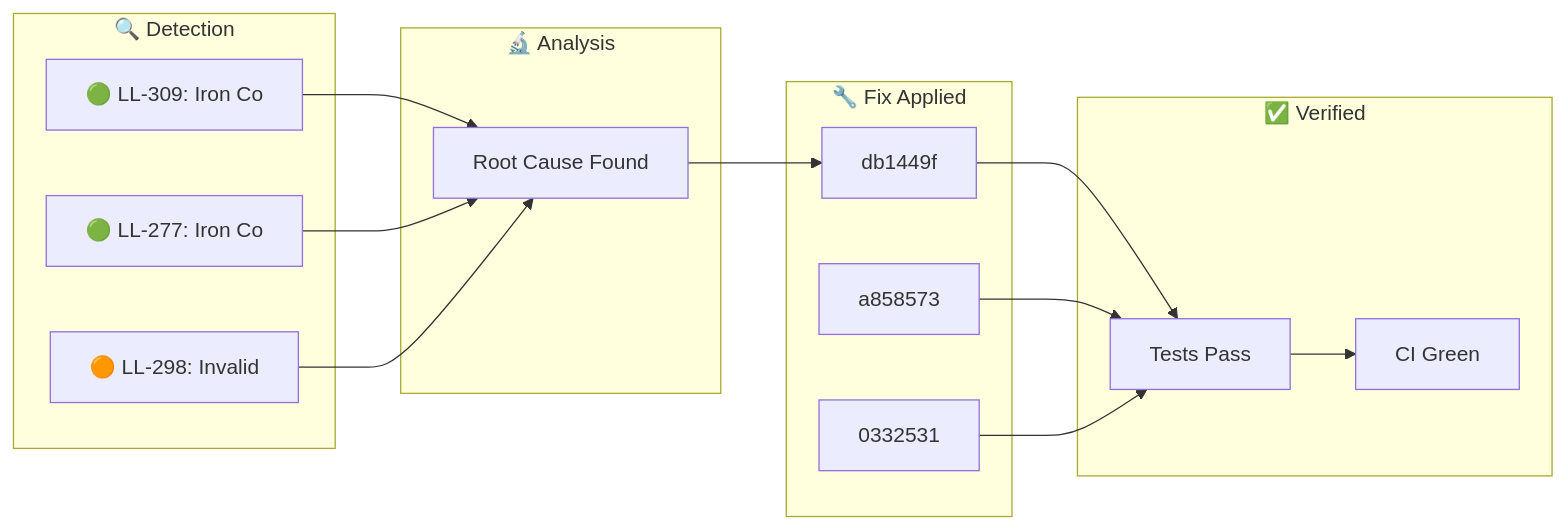
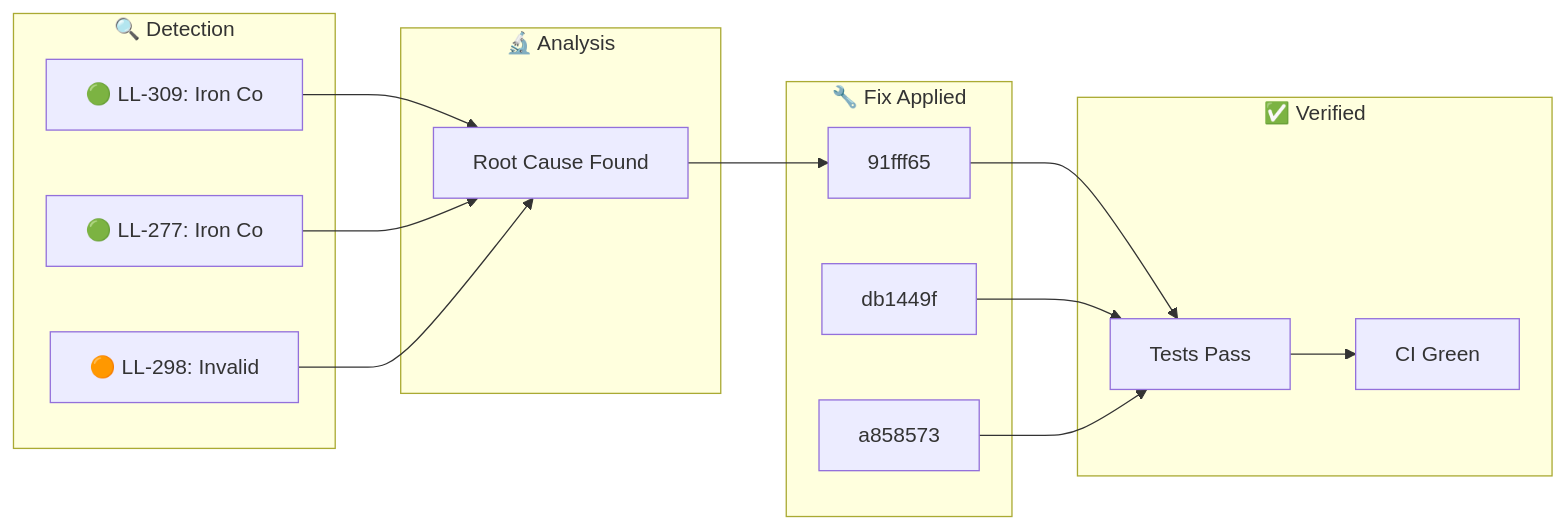
Before and after one commit to YoByron/trading: the diagram in docs/_posts/2026-01-31-ralph-discovery.md, drawn with Mermaid. The commit also changed other lines of this file, not shown here.

Commit message:
docs(ralph): Auto-publish discovery blog post

````diff
--- a/docs/_posts/2026-01-31-ralph-discovery.md
+++ b/docs/_posts/2026-01-31-ralph-discovery.md
@@ -17,28 +17,28 @@
 ```mermaid
 flowchart LR
     subgraph Detection["🔍 Detection"]
         D1["🟢 LL-309: Iron Co"]
         D2["🟢 LL-277: Iron Co"]
         D3["🟠 LL-298: Invalid"]
     end
     subgraph Analysis["🔬 Analysis"]
         A1["Root Cause Found"]
     end
     subgraph Fix["🔧 Fix Applied"]
-        F1["db1449f"]
-        F2["a858573"]
-        F3["0332531"]
+        F1["91fff65"]
+        F2["db1449f"]
+        F3["a858573"]
     end
     subgraph Verify["✅ Verified"]
         V1["Tests Pass"]
         V2["CI Green"]
     end
     D1 --> A1
     D2 --> A1
     D3 --> A1
     A1 --> F1
     F1 --> V1
     F2 --> V1
     F3 --> V1
     V1 --> V2
 ```
````
